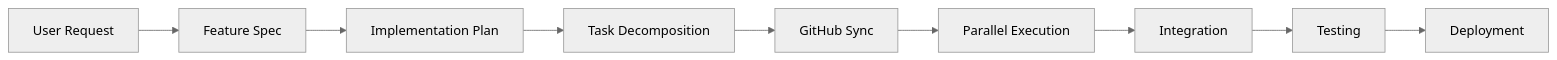
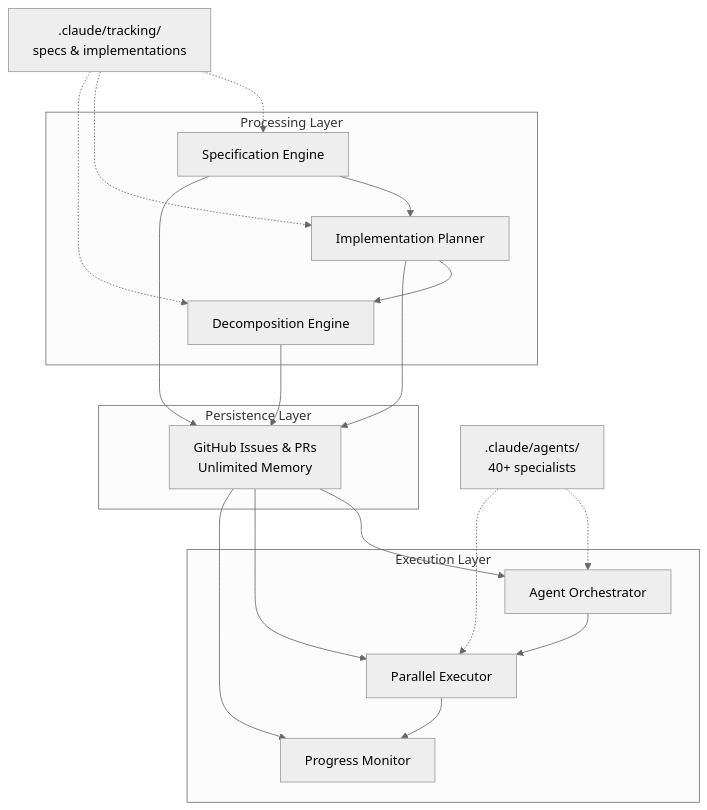
Before and after one commit to MLorneSmith/sophie-workspace: the diagram in .claude/context/systems/pm/ccpm-system-overview.md, drawn with Mermaid (neutral theme). The commit also changed other lines of this file and 139 other files, not shown here.

````diff
--- a/.claude/context/systems/pm/ccpm-system-overview.md
+++ b/.claude/context/systems/pm/ccpm-system-overview.md
@@ -181,11 +41,22 @@
 ```mermaid
-graph LR
-    A[User Request] --> B[Feature Spec]
-    B --> C[Implementation Plan]
-    C --> D[Task Decomposition]
-    D --> E[GitHub Sync]
-    E --> F[Parallel Execution]
-    F --> G[Integration]
-    G --> H[Testing]
-    H --> I[Deployment]
+graph TD
+    subgraph "Processing Layer"
+        A[Specification Engine] --> B[Implementation Planner]
+        B --> C[Decomposition Engine]
+    end
+
+    subgraph "Persistence Layer"
+        D[GitHub Issues & PRs<br/>Unlimited Memory]
+    end
+
+    subgraph "Execution Layer"
+        E[Agent Orchestrator] --> F[Parallel Executor]
+        F --> G[Progress Monitor]
+    end
+
+    A & B & C --> D
+    D --> E & F & G
+
+    H[.claude/tracking/<br/>specs & implementations] -.-> A & B & C
+    I[.claude/agents/<br/>40+ specialists] -.-> E & F
 ```
````
